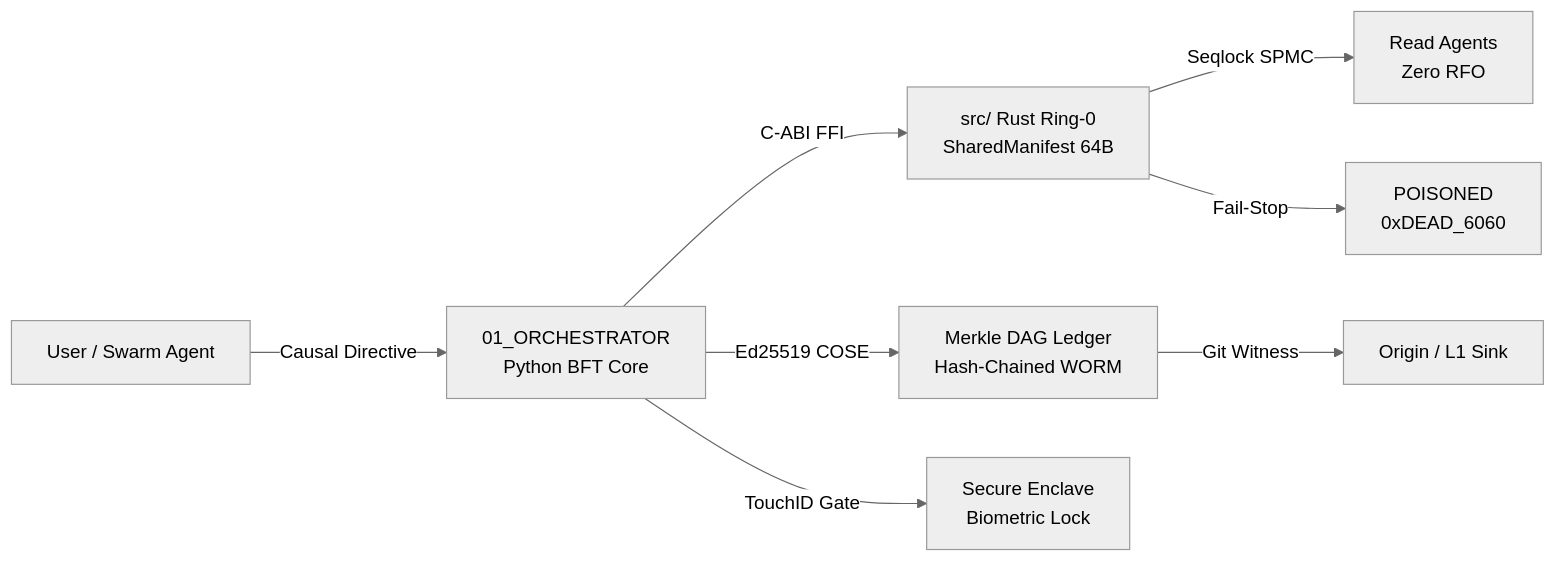
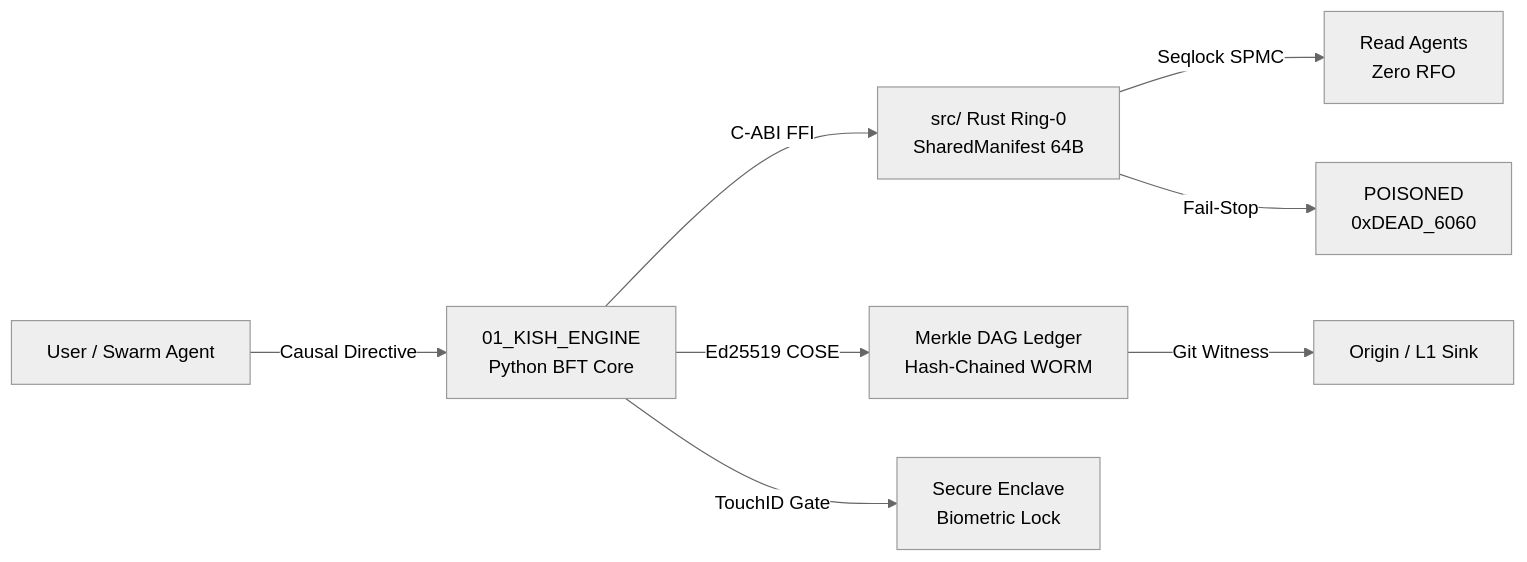
One commit to borjamoskv/BABYLON-60 changed the diagram in docs/README.md. Above: the diagram before and after it, drawn with Mermaid (neutral theme). The commit also changed other lines of this file and 52 other files, not shown here.

Commit message:
[AX-3] TOPOLOGY: Asimilación batch dependabot + corrección nomenclatura 01_KISH_ENGINE

````diff
--- a/docs/README.md
+++ b/docs/README.md
@@ -73,10 +73,10 @@
 ```mermaid
 graph LR
-    A[User / Swarm Agent] -->|Causal Directive| B[01_ORCHESTRATOR<br/>Python BFT Core]
+    A[User / Swarm Agent] -->|Causal Directive| B[01_KISH_ENGINE<br/>Python BFT Core]
     B -->|C-ABI FFI| C[src/ Rust Ring-0<br/>SharedManifest 64B]
     C -->|Seqlock SPMC| D[Read Agents<br/>Zero RFO]
     C -->|Fail-Stop| E[POISONED<br/>0xDEAD_6060]
     B -->|Ed25519 COSE| F[Merkle DAG Ledger<br/>Hash-Chained WORM]
     F -->|Git Witness| G[Origin / L1 Sink]
     B -->|TouchID Gate| H[Secure Enclave<br/>Biometric Lock]
 ```
````
